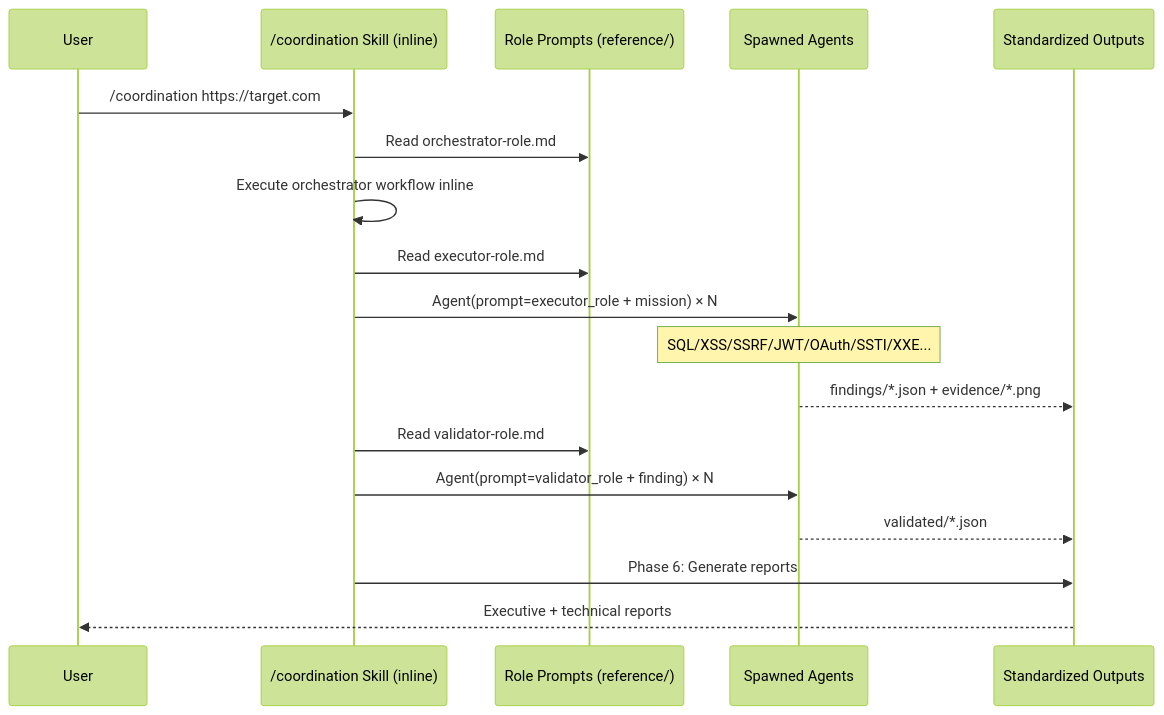
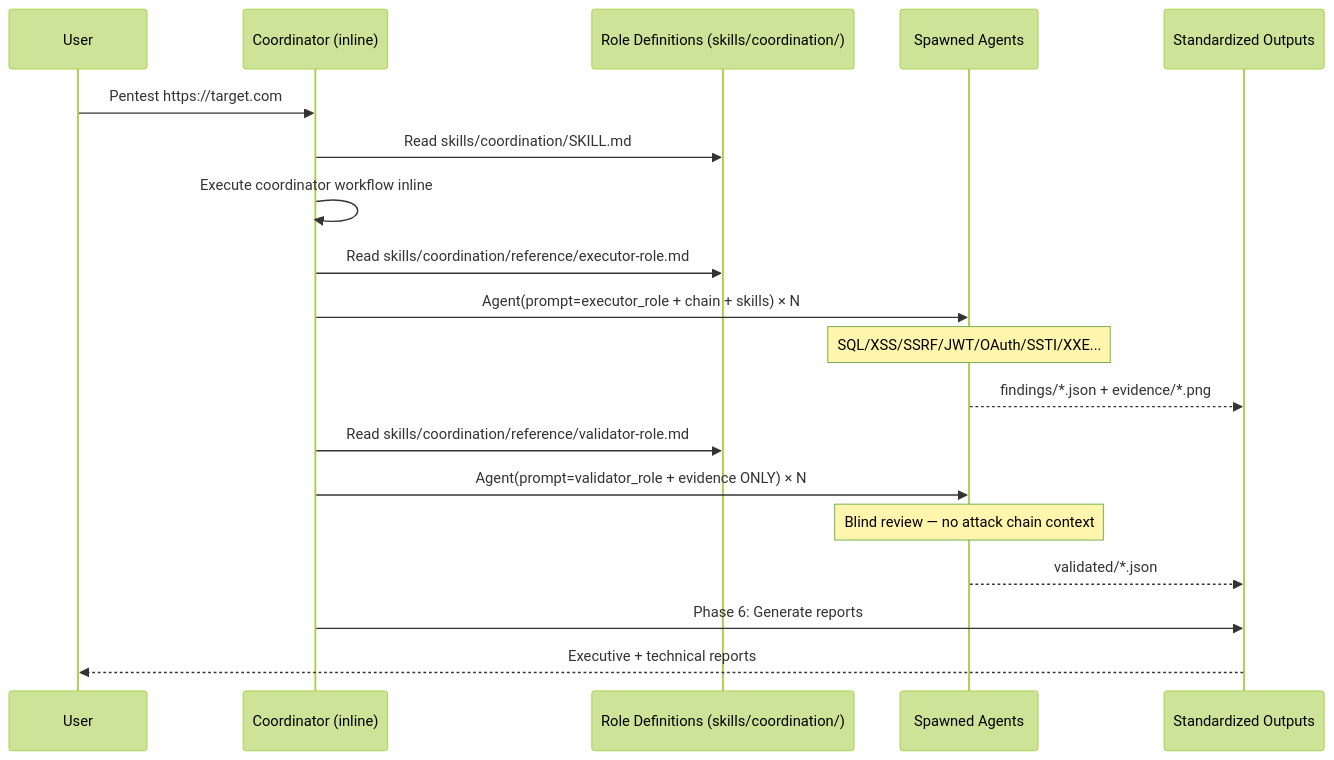
Before and after one commit to l0h1nth/communitytools: the diagram in README.md, drawn with Mermaid (forest theme). The commit also changed other lines of this file and 78 other files, not shown here.

````diff
--- a/README.md
+++ b/README.md
@@ -150,24 +170,25 @@
 ```mermaid
 sequenceDiagram
     participant User
-    participant Skill as /coordination Skill (inline)
-    participant Roles as Role Prompts (reference/)
+    participant Coord as Coordinator (inline)
+    participant Roles as Role Definitions (skills/coordination/)
     participant Agents as Spawned Agents
     participant Output as Standardized Outputs
 
-    User->>Skill: /coordination https://target.com
-    Skill->>Roles: Read orchestrator-role.md
-    Skill->>Skill: Execute orchestrator workflow inline
+    User->>Coord: Pentest https://target.com
+    Coord->>Roles: Read skills/coordination/SKILL.md
+    Coord->>Coord: Execute coordinator workflow inline
 
-    Skill->>Roles: Read executor-role.md
-    Skill->>Agents: Agent(prompt=executor_role + mission) × N
+    Coord->>Roles: Read skills/coordination/reference/executor-role.md
+    Coord->>Agents: Agent(prompt=executor_role + chain + skills) × N
     Note over Agents: SQL/XSS/SSRF/JWT/OAuth/SSTI/XXE...
     Agents-->>Output: findings/*.json + evidence/*.png
 
-    Skill->>Roles: Read validator-role.md
-    Skill->>Agents: Agent(prompt=validator_role + finding) × N
+    Coord->>Roles: Read skills/coordination/reference/validator-role.md
+    Coord->>Agents: Agent(prompt=validator_role + evidence ONLY) × N
+    Note over Agents: Blind review — no attack chain context
     Agents-->>Output: validated/*.json
 
-    Skill->>Output: Phase 6: Generate reports
+    Coord->>Output: Phase 6: Generate reports
     Output-->>User: Executive + technical reports
 ```
````
